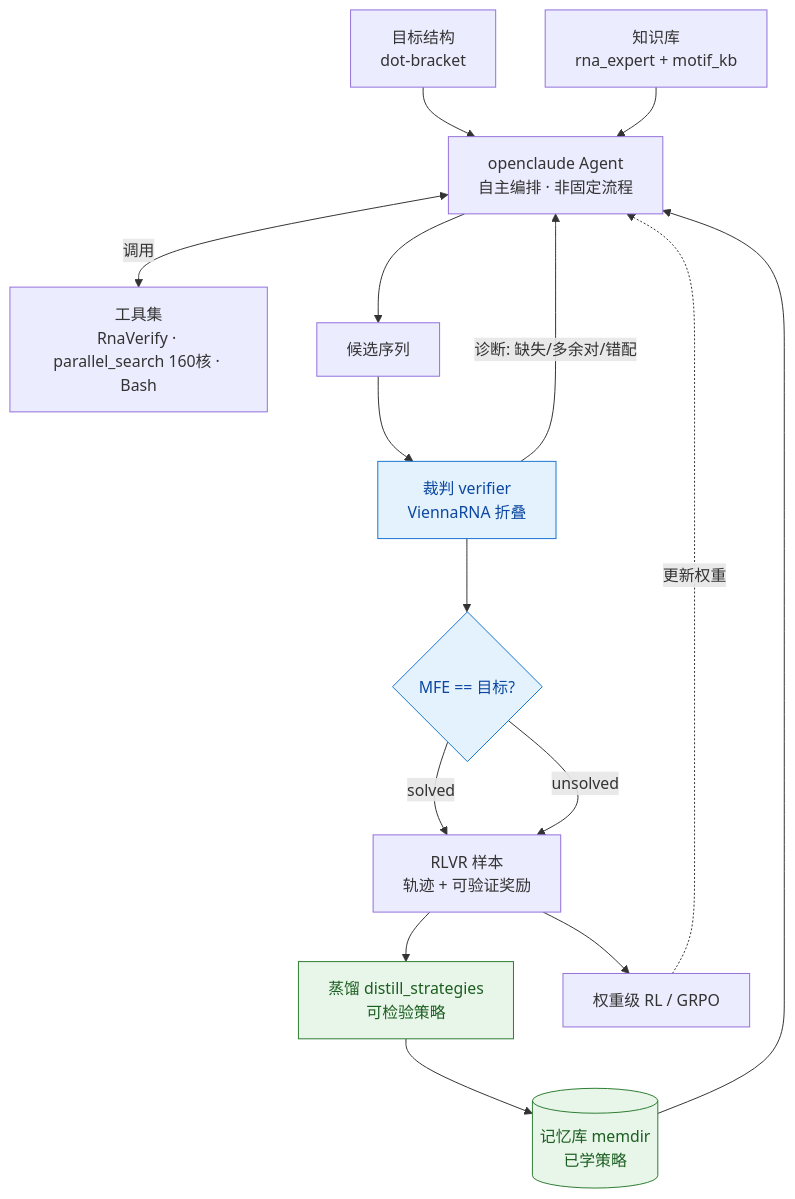
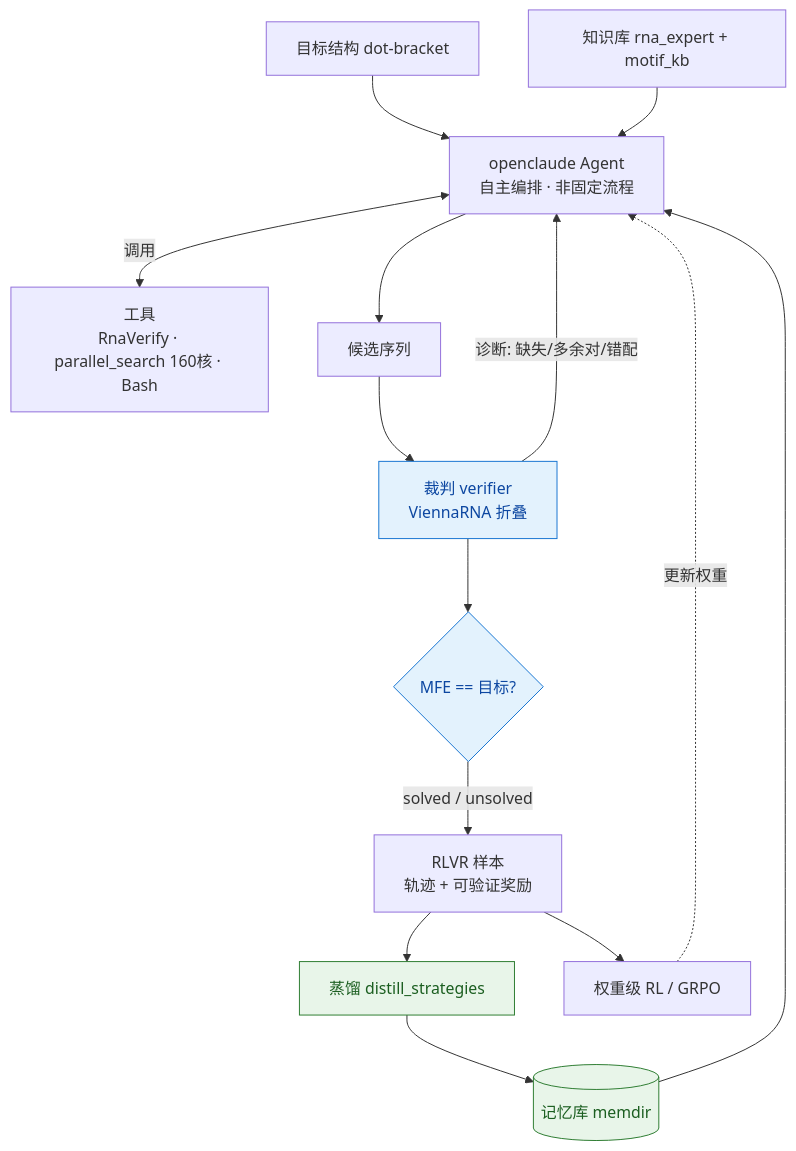
One commit to wenhui-ml/AI4RNA changed the second of 3 diagrams in docs/TECH_REPORT.md. Above: the diagram before and after it, drawn with Mermaid. The commit also changed other lines of this file, not shown here.

````diff
--- a/docs/TECH_REPORT.md
+++ b/docs/TECH_REPORT.md
@@ -85,23 +36,18 @@
 ```mermaid
 flowchart TB
     AG["openclaude Agent<br/>自主编排 · 非固定流程"]
-    T["目标结构<br/>dot-bracket"] --> AG
-    K["知识库<br/>rna_expert + motif_kb"] --> AG
-    M[("记忆库 memdir<br/>已学策略")] --> AG
-    AG <-->|"调用"| TOOL["工具集<br/>RnaVerify · parallel_search 160核 · Bash"]
-    AG --> SEQ["候选序列"]
-    SEQ --> V["裁判 verifier<br/>ViennaRNA 折叠"]
+    T["目标结构 dot-bracket"] --> AG
+    K["知识库 rna_expert + motif_kb"] --> AG
+    M[("记忆库 memdir")] --> AG
+    AG <-->|"调用"| TOOL["工具<br/>RnaVerify · parallel_search 160核 · Bash"]
+    AG --> SEQ["候选序列"] --> V["裁判 verifier<br/>ViennaRNA 折叠"]
     V -->|"诊断: 缺失/多余对/错配"| AG
     V --> Q{"MFE == 目标?"}
-    Q -->|"solved"| REC["RLVR 样本<br/>轨迹 + 可验证奖励"]
-    Q -->|"unsolved"| REC
-    REC --> DIST["蒸馏 distill_strategies<br/>可检验策略"]
-    DIST --> M
-    REC --> RL["权重级 RL / GRPO"]
-    RL -.->|"更新权重"| AG
-
+    Q -->|"solved / unsolved"| REC["RLVR 样本<br/>轨迹 + 可验证奖励"]
+    REC --> DIST["蒸馏 distill_strategies"] --> M
+    REC --> RL["权重级 RL / GRPO"] -.->|"更新权重"| AG
     classDef store fill:#e8f5e9,stroke:#2e7d32,color:#1b5e20;
     classDef judge fill:#e3f2fd,stroke:#1976d2,color:#0d47a1;
     class M,DIST store;
     class V,Q judge;
 ```
````
